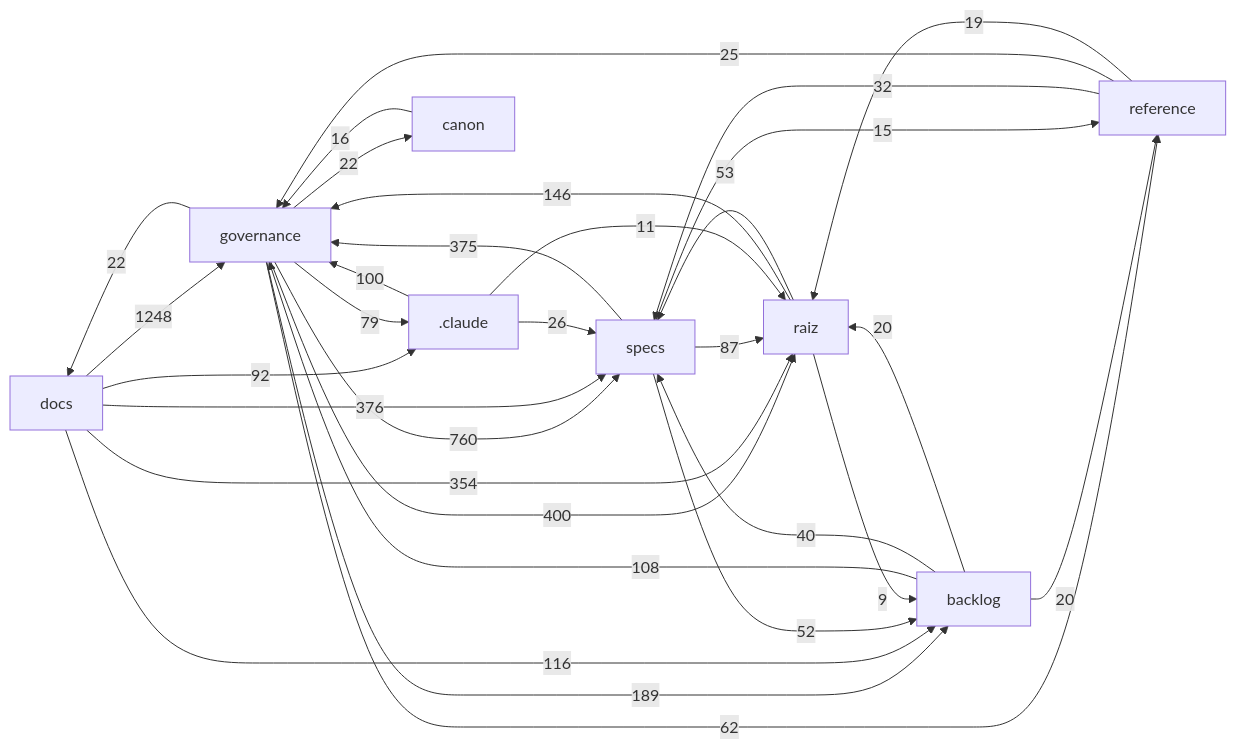
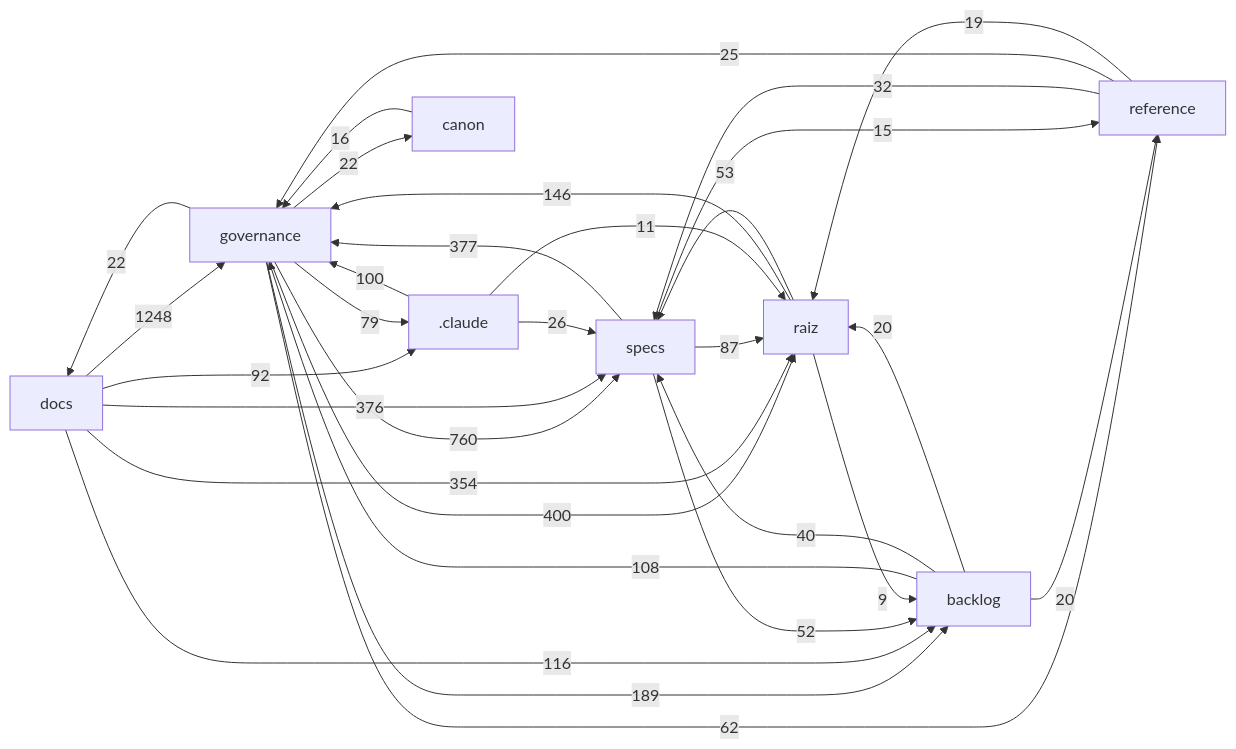
Before and after one commit to Andraus35/Sistema-Operacional-de-Trading--SOT: the diagram in docs/mapa/MAPA-PROJETO.md, drawn with Mermaid. The commit also changed other lines of this file and 3 other files, not shown here.

````diff
--- a/docs/mapa/MAPA-PROJETO.md
+++ b/docs/mapa/MAPA-PROJETO.md
@@ -29,33 +29,33 @@
 ```mermaid
 flowchart LR
   docs["docs"] -->|1248| governance["governance"]
   governance["governance"] -->|760| specs["specs"]
   governance["governance"] -->|400| raiz["raiz"]
+  specs["specs"] -->|377| governance["governance"]
   docs["docs"] -->|376| specs["specs"]
-  specs["specs"] -->|375| governance["governance"]
   docs["docs"] -->|354| raiz["raiz"]
   governance["governance"] -->|189| backlog["backlog"]
   raiz["raiz"] -->|146| governance["governance"]
   docs["docs"] -->|116| backlog["backlog"]
   backlog["backlog"] -->|108| governance["governance"]
   _claude[".claude"] -->|100| governance["governance"]
   docs["docs"] -->|92| _claude[".claude"]
   specs["specs"] -->|87| raiz["raiz"]
   governance["governance"] -->|79| _claude[".claude"]
   governance["governance"] -->|62| reference["reference"]
   raiz["raiz"] -->|53| specs["specs"]
   specs["specs"] -->|52| backlog["backlog"]
   backlog["backlog"] -->|40| specs["specs"]
   reference["reference"] -->|32| specs["specs"]
   _claude[".claude"] -->|26| specs["specs"]
   reference["reference"] -->|25| governance["governance"]
   governance["governance"] -->|22| docs["docs"]
   governance["governance"] -->|22| canon["canon"]
   backlog["backlog"] -->|20| raiz["raiz"]
   backlog["backlog"] -->|20| reference["reference"]
   reference["reference"] -->|19| raiz["raiz"]
   canon["canon"] -->|16| governance["governance"]
   specs["specs"] -->|15| reference["reference"]
   _claude[".claude"] -->|11| raiz["raiz"]
   raiz["raiz"] -->|9| backlog["backlog"]
 ```
````
